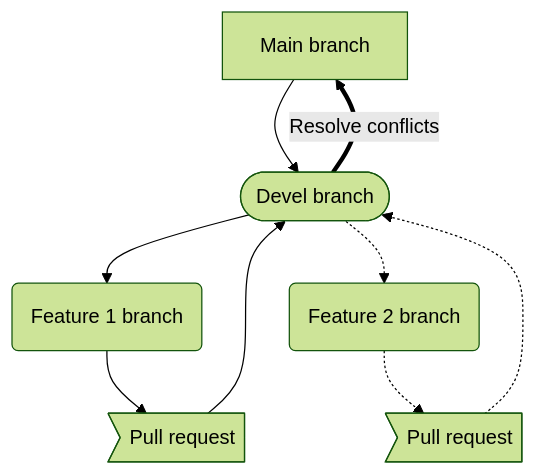
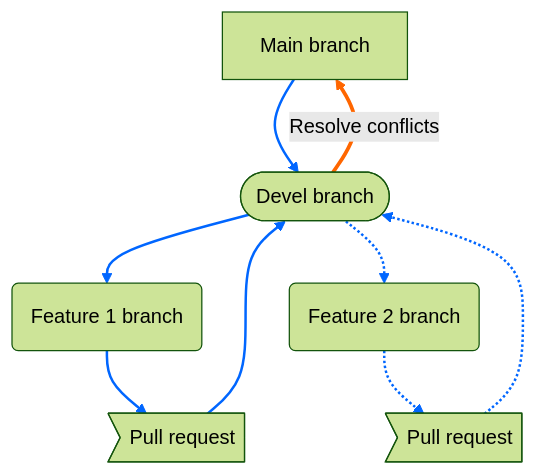
The fourth of 11 diagrams in white-paper/branching-strategies.qmd (phuse-org/git-in-statistical-programming), drawn with Mermaid (forest theme) before and after one commit. The commit also changed other lines of this file, not shown here.

````diff
--- a/white-paper/branching-strategies.qmd
+++ b/white-paper/branching-strategies.qmd
@@ -93,19 +101,28 @@
 ```{mermaid}
 %%| label: fig-devel-branch-structure
 %%| fig-cap: "Devel branch structure"
 flowchart TD
     main["Main branch"]
     devel(["Devel branch"])
     feature-1("Feature 1 branch")
     feature-2("Feature 2 branch")
     pr1>"Pull request"]
     pr2>"Pull request"]
     main --> devel
     devel --> feature-1
     devel -.-> feature-2
     feature-1 --> pr1
     feature-2 -.-> pr2
     pr1 --> devel
     pr2 -.-> devel
     devel ==> |"Resolve conflicts"| main
+    
+    linkStyle 0 stroke:#0066FF,stroke-width:2px
+    linkStyle 1 stroke:#0066FF,stroke-width:2px
+    linkStyle 2 stroke:#0066FF,stroke-width:2px
+    linkStyle 3 stroke:#0066FF,stroke-width:2px
+    linkStyle 4 stroke:#0066FF,stroke-width:2px
+    linkStyle 5 stroke:#0066FF,stroke-width:2px
+    linkStyle 6 stroke:#0066FF,stroke-width:2px
+    linkStyle 7 stroke:#FF6600,stroke-width:3px
 ```
````
